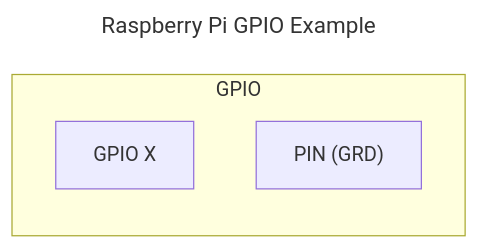
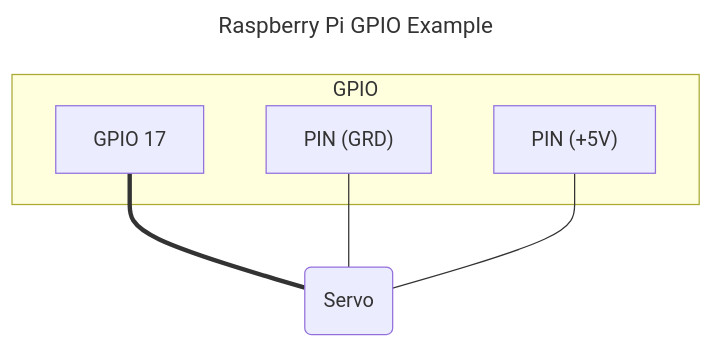
One commit to rosenkolev/home-assistant-gpio-integration changed the eighth of 8 diagrams in README.md. Above: the diagram before and after it, drawn with Mermaid. The commit also changed other lines of this file and 9 other files, not shown here.

````diff
--- a/README.md
+++ b/README.md
@@ -405,10 +405,14 @@
 ```mermaid
 ---
 title: Raspberry Pi GPIO Example
 ---
-flowchart LR
+flowchart TB
   subgraph GPIO
-    A[GPIO X]
+    A[GPIO 17]
     B["PIN (GRD)"]
+    C["PIN (+5V)"]
   end
+  A === D("Servo")
+  B --- D
+  C --- D
 ```
````
